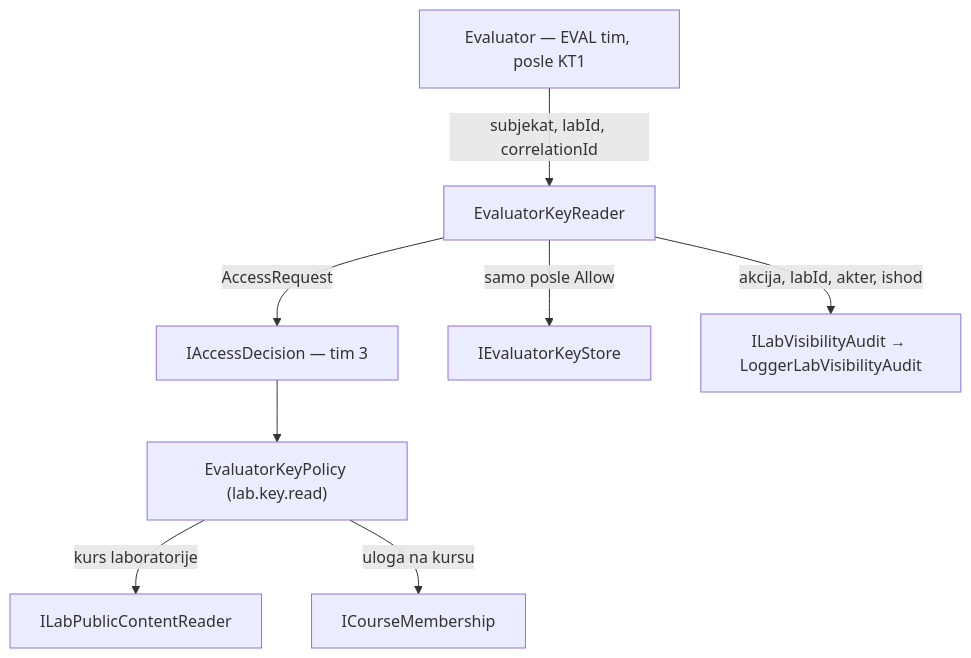
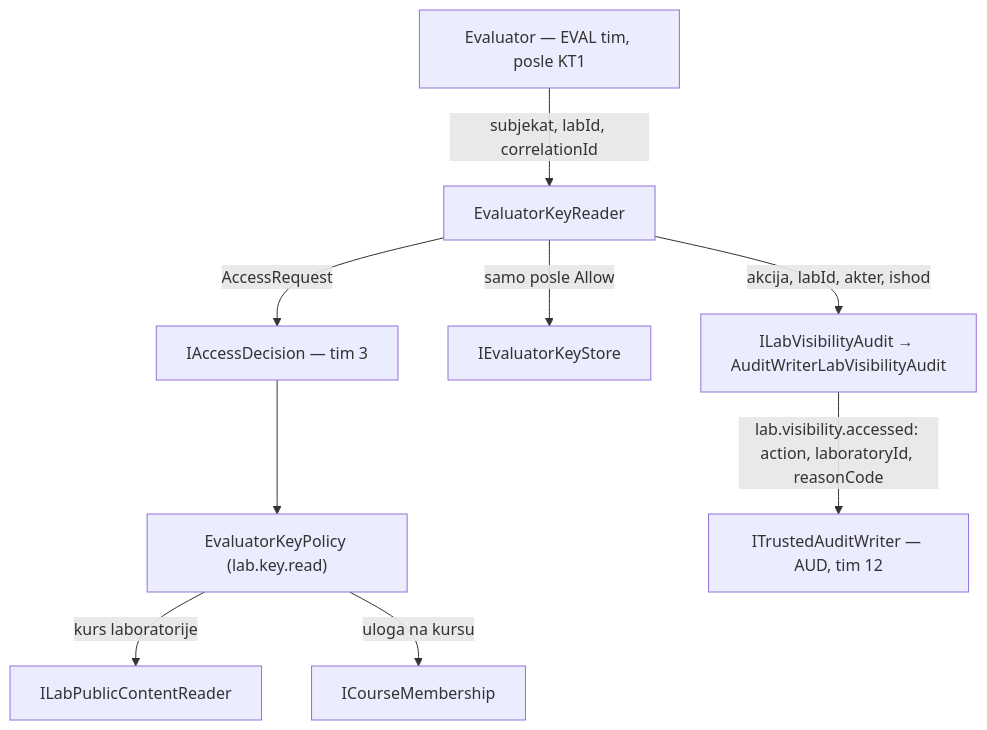
One commit to owlCoder/security-lab changed the first of 2 diagrams in docs/components/AUT-04-AUT-07/evaluator-key-access.md. Above: the diagram before and after it, drawn with Mermaid. The commit also changed other lines of this file and 10 other files, not shown here.

Commit message:
AUT-04, AUD-01: send LabVisibility events to the durable audit (lab.visibility.accessed)

````diff
--- a/docs/components/AUT-04-AUT-07/evaluator-key-access.md
+++ b/docs/components/AUT-04-AUT-07/evaluator-key-access.md
@@ -26,19 +28,21 @@
 ```mermaid
 flowchart TD
     Evaluator["Evaluator — EVAL tim, posle KT1"]
     Reader["EvaluatorKeyReader"]
     Decision["IAccessDecision — tim 3"]
     Policy["EvaluatorKeyPolicy (lab.key.read)"]
     Labs["ILabPublicContentReader"]
     Membership["ICourseMembership"]
     Store["IEvaluatorKeyStore"]
-    Audit["ILabVisibilityAudit → LoggerLabVisibilityAudit"]
+    Audit["ILabVisibilityAudit → AuditWriterLabVisibilityAudit"]
+    AUD["ITrustedAuditWriter — AUD, tim 12"]
 
     Evaluator -->|"subjekat, labId, correlationId"| Reader
     Reader -->|"AccessRequest"| Decision
     Decision --> Policy
     Policy -->|"kurs laboratorije"| Labs
     Policy -->|"uloga na kursu"| Membership
     Reader -->|"samo posle Allow"| Store
     Reader -->|"akcija, labId, akter, ishod"| Audit
+    Audit -->|"lab.visibility.accessed: action, laboratoryId, reasonCode"| AUD
 ```
````
